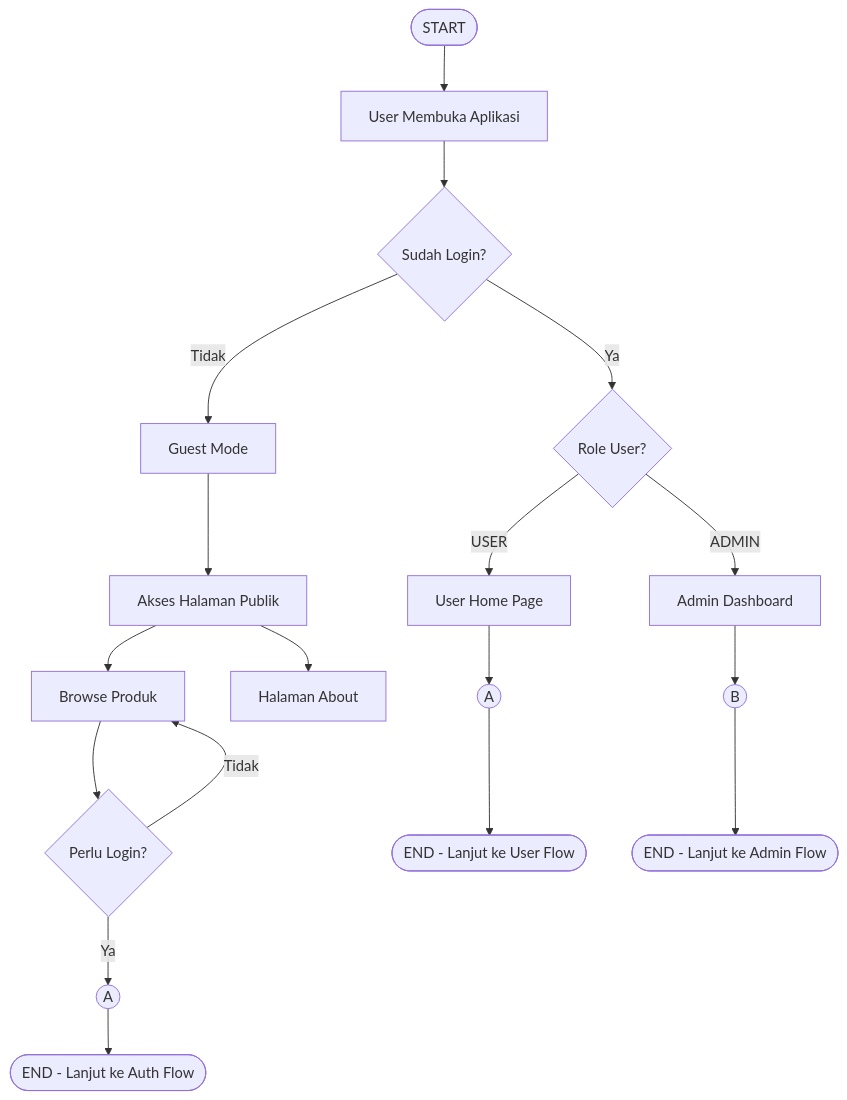
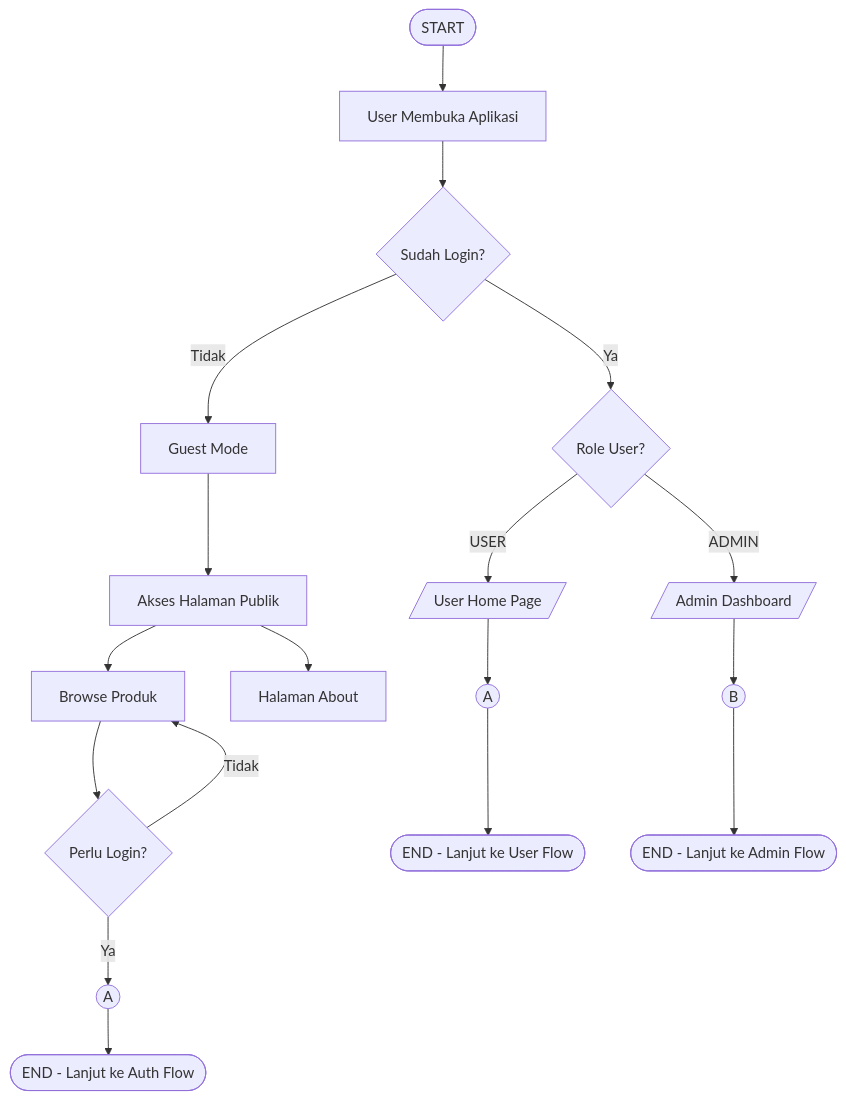
One commit to Wannzh/greeceri-store-fe changed the first of 7 diagrams in FLOWCHART.md. Above: the diagram before and after it, drawn with Mermaid. The commit also changed other lines of this file and 9 other files, not shown here.

Commit message:
Edit Flowchart

````diff
--- a/FLOWCHART.md
+++ b/FLOWCHART.md
@@ -9,26 +9,26 @@
 ```mermaid
 flowchart TD
     START([START]) --> OPEN[User Membuka Aplikasi]
     OPEN --> AUTH_CHECK{Sudah Login?}
 
     AUTH_CHECK -->|Ya| ROLE_CHECK{Role User?}
     AUTH_CHECK -->|Tidak| GUEST[Guest Mode]
 
-    ROLE_CHECK -->|USER| USER_HOME[User Home Page]
-    ROLE_CHECK -->|ADMIN| ADMIN_DASH[Admin Dashboard]
+    ROLE_CHECK -->|USER| USER_HOME[/User Home Page/]
+    ROLE_CHECK -->|ADMIN| ADMIN_DASH[/Admin Dashboard/]
 
     GUEST --> PUBLIC[Akses Halaman Publik]
     PUBLIC --> BROWSE[Browse Produk]
     PUBLIC --> ABOUT[Halaman About]
 
     BROWSE --> NEED_LOGIN{Perlu Login?}
     NEED_LOGIN -->|Ya| AUTH_A((A))
     NEED_LOGIN -->|Tidak| BROWSE
 
     USER_HOME --> USER_A((A))
     ADMIN_DASH --> ADMIN_B((B))
 
     AUTH_A --> END_MAIN([END - Lanjut ke Auth Flow])
     USER_A --> END_USER([END - Lanjut ke User Flow])
     ADMIN_B --> END_ADMIN([END - Lanjut ke Admin Flow])
 ```
````
